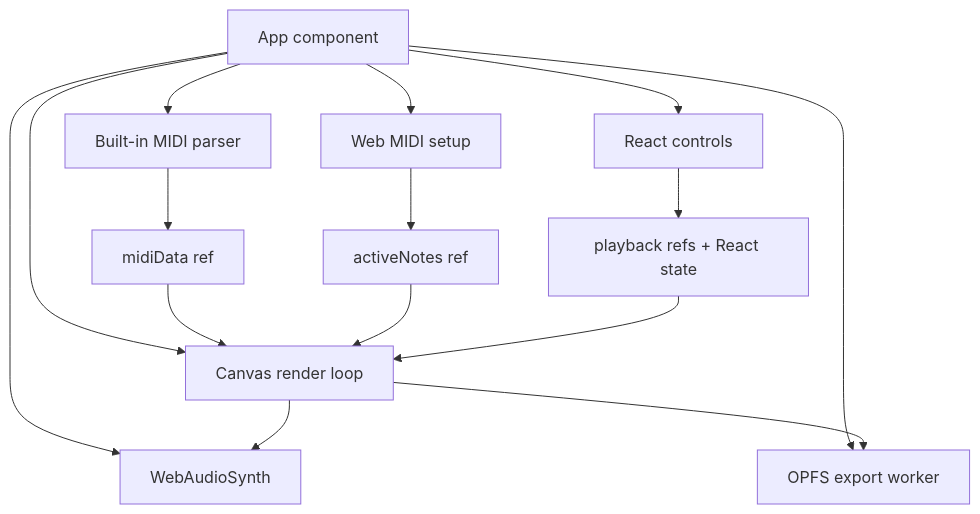
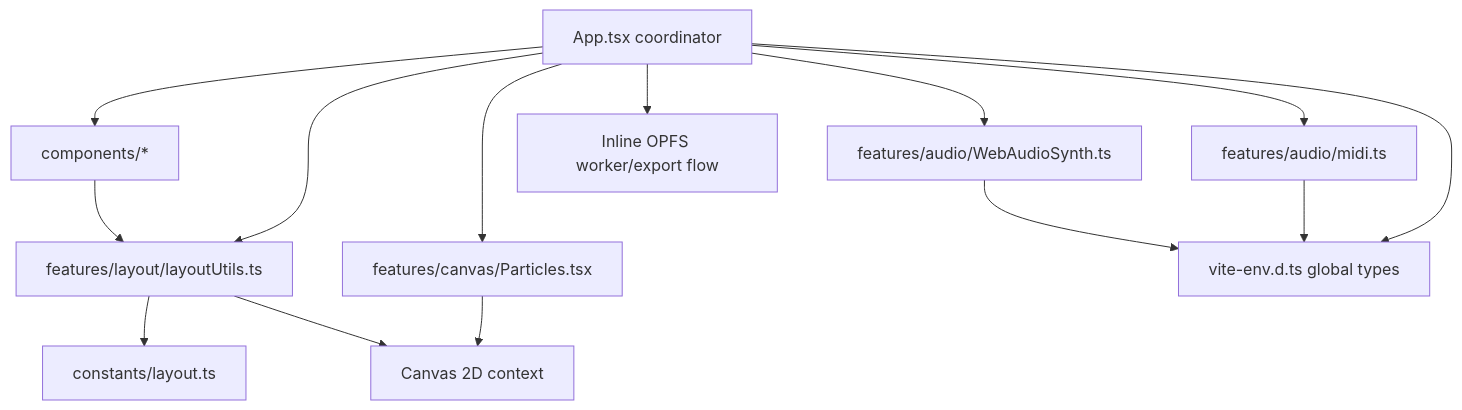
Before and after one commit to aadilmallick/midivisualizer: the first of 3 diagrams in AGENTS.md, drawn with Mermaid. The commit also changed other lines of this file and 17 other files, not shown here.

````diff
--- a/AGENTS.md
+++ b/AGENTS.md
@@ -33,17 +61,16 @@
 ```mermaid
 flowchart TD
-    App[App component] --> MIDI[Web MIDI setup]
-    App --> Parser[Built-in MIDI parser]
-    App --> Synth[WebAudioSynth]
-    App --> Canvas[Canvas render loop]
-    App --> Export[OPFS export worker]
-    App --> UI[React controls]
-    MIDI --> ActiveNotes[activeNotes ref]
-    Parser --> MidiData[midiData ref]
-    UI --> PlaybackRefs[playback refs + React state]
-    MidiData --> Canvas
-    ActiveNotes --> Canvas
-    PlaybackRefs --> Canvas
-    Canvas --> Synth
-    Canvas --> Export
+    App[App.tsx coordinator] --> UI[components/*]
+    App --> Synth[features/audio/WebAudioSynth.ts]
+    App --> Parser[features/audio/midi.ts]
+    App --> Particles[features/canvas/Particles.tsx]
+    App --> Layout[features/layout/layoutUtils.ts]
+    Layout --> Constants[constants/layout.ts]
+    App --> Export[Inline OPFS worker/export flow]
+    App --> Types[vite-env.d.ts global types]
+    UI --> Layout
+    Parser --> Types
+    Synth --> Types
+    Particles --> Canvas[Canvas 2D context]
+    Layout --> Canvas
 ```
````
